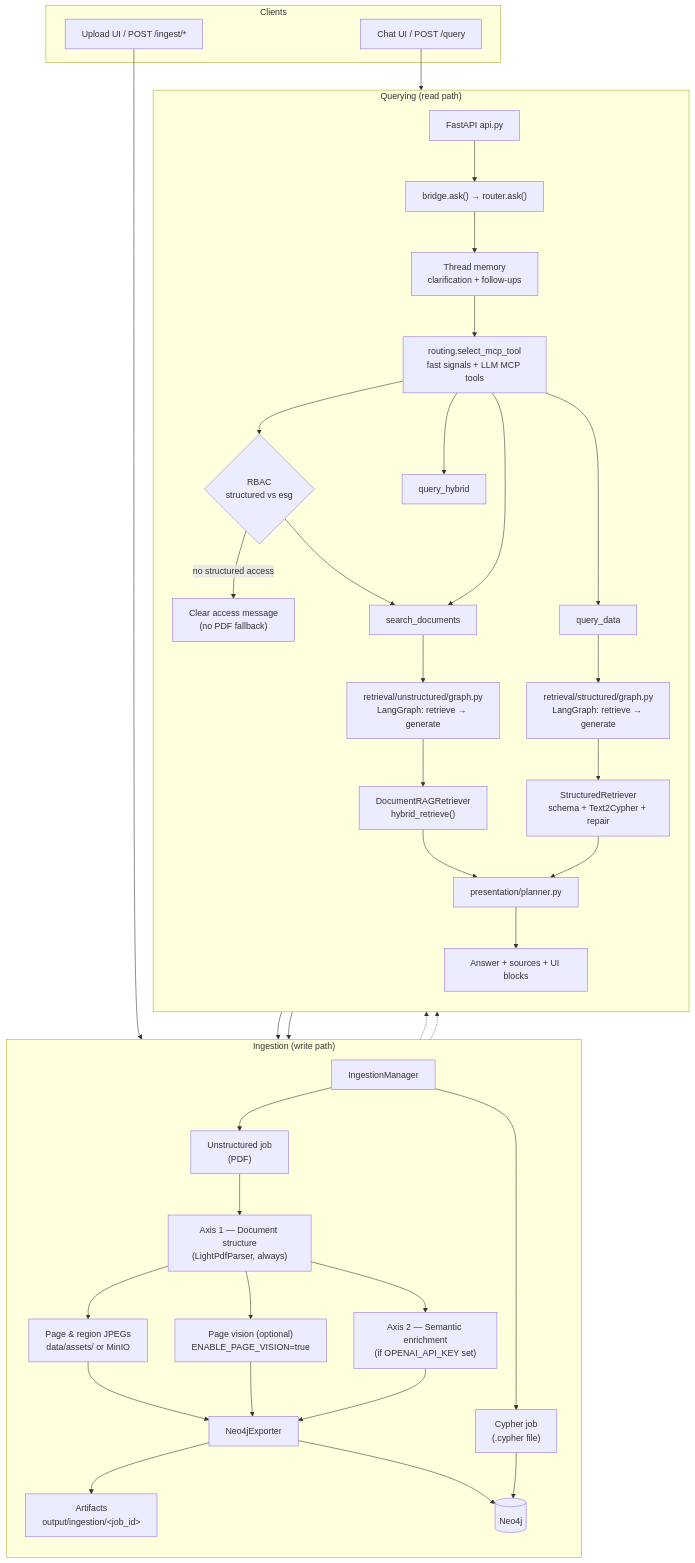
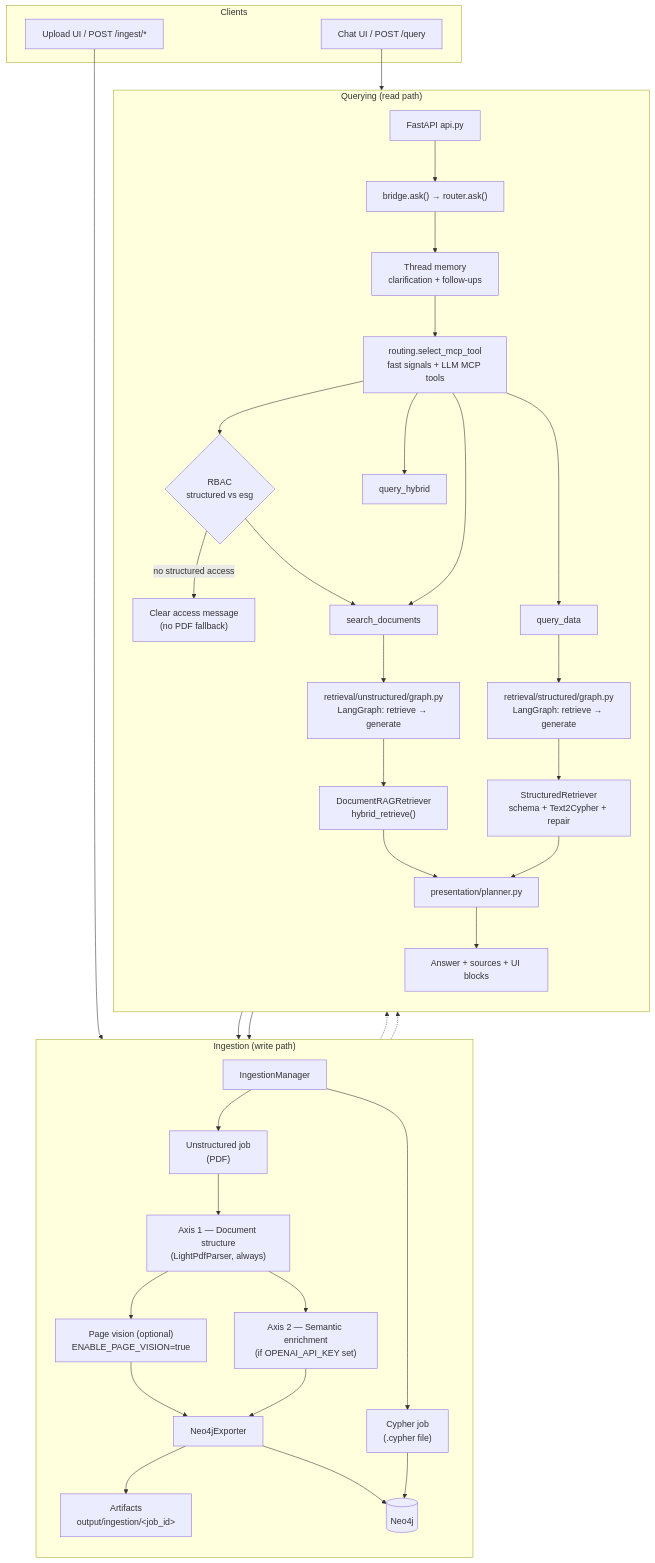
The first of 3 diagrams in README.md (umerjavaidkh/agentic_graph_rag), drawn with Mermaid before and after one commit. The commit also changed other lines of this file and 23 other files, not shown here.

First line of the commit message:
Remove binary page/region image storage and serving.

````diff
--- a/README.md
+++ b/README.md
@@ -522,57 +522,55 @@
 ```mermaid
 flowchart TB
     subgraph Clients["Clients"]
         CHAT["Chat UI / POST /query"]
         UP["Upload UI / POST /ingest/*"]
     end
 
     subgraph Ingest["Ingestion (write path)"]
         direction TB
         UP --> IM["IngestionManager"]
         IM --> U["Unstructured job<br/>(PDF)"]
         IM --> C["Cypher job<br/>(.cypher file)"]
 
         U --> A1["Axis 1 — Document structure<br/>(LightPdfParser, always)"]
-        A1 --> ASSETS["Page & region JPEGs<br/>data/assets/ or MinIO"]
         A1 --> VISION["Page vision (optional)<br/>ENABLE_PAGE_VISION=true"]
         A1 --> A2["Axis 2 — Semantic enrichment<br/>(if OPENAI_API_KEY set)"]
-        ASSETS --> EXP["Neo4jExporter"]
-        VISION --> EXP
+        VISION --> EXP["Neo4jExporter"]
         A2 --> EXP
         EXP --> ART["Artifacts<br/>output/ingestion/&lt;job_id&gt;"]
         EXP --> NEO4J[("Neo4j")]
 
         C --> NEO4J
     end
 
     subgraph Query["Querying (read path)"]
         direction TB
         CHAT --> API["FastAPI api.py"]
         API --> ASK["bridge.ask() → router.ask()"]
         ASK --> TM["Thread memory<br/>clarification + follow-ups"]
         TM --> ROUTE["routing.select_mcp_tool<br/>fast signals + LLM MCP tools"]
         ROUTE --> RBAC{"RBAC<br/>structured vs esg"}
 
         RBAC -->|no structured access| DENY["Clear access message<br/>(no PDF fallback)"]
         RBAC --> SD
         ROUTE --> SD["search_documents"]
         ROUTE --> QD["query_data"]
         ROUTE --> HY["query_hybrid"]
 
         SD --> LGU["retrieval/unstructured/graph.py<br/>LangGraph: retrieve → generate"]
         QD --> LGS["retrieval/structured/graph.py<br/>LangGraph: retrieve → generate"]
 
         LGU --> DR["DocumentRAGRetriever<br/>hybrid_retrieve()"]
         LGS --> SR["StructuredRetriever<br/>schema + Text2Cypher + repair"]
 
         DR --> NEO4J
         SR --> NEO4J
 
         DR --> PRES["presentation/planner.py"]
         SR --> PRES
         PRES --> ANS["Answer + sources + UI blocks"]
     end
 
     NEO4J -.-> DR
     NEO4J -.-> SR
 ```
````
